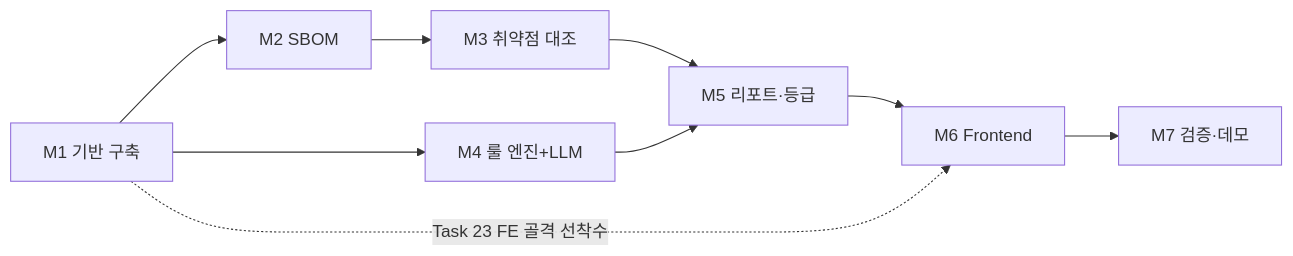
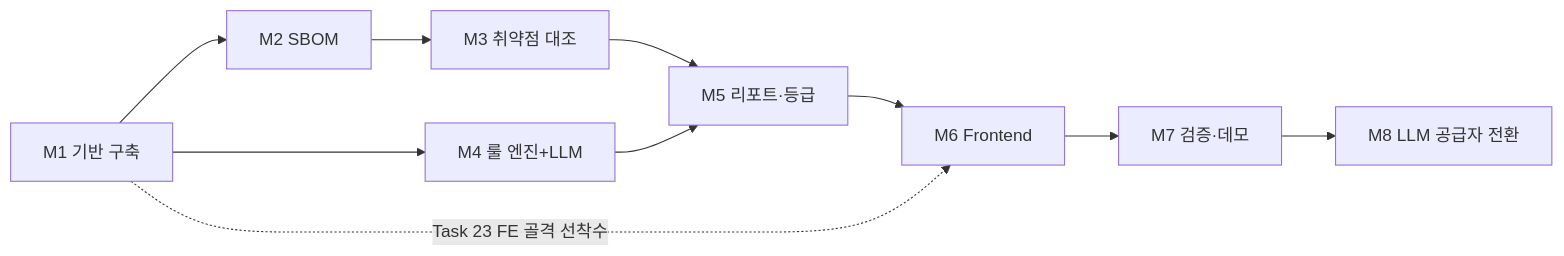
Before and after one commit to fmaPark/ansim-code: the diagram in docs/plans/mvp-implementation.md, drawn with Mermaid. The commit also changed other lines of this file and 1 other file, not shown here.

First line of the commit message:
docs: M8(LLM 공급자 Gemini 전환) 계획 + S7 실행 프롬프트 추가

````diff
--- a/docs/plans/mvp-implementation.md
+++ b/docs/plans/mvp-implementation.md
@@ -62,7 +62,7 @@
 ```mermaid
 graph LR
     M1[M1 기반 구축] --> M2[M2 SBOM] --> M3[M3 취약점 대조] --> M5[M5 리포트·등급]
     M1 --> M4[M4 룰 엔진+LLM] --> M5
-    M5 --> M6[M6 Frontend] --> M7[M7 검증·데모]
+    M5 --> M6[M6 Frontend] --> M7[M7 검증·데모] --> M8[M8 LLM 공급자 전환]
     M1 -. Task 23 FE 골격 선착수 .-> M6
 ```
````
